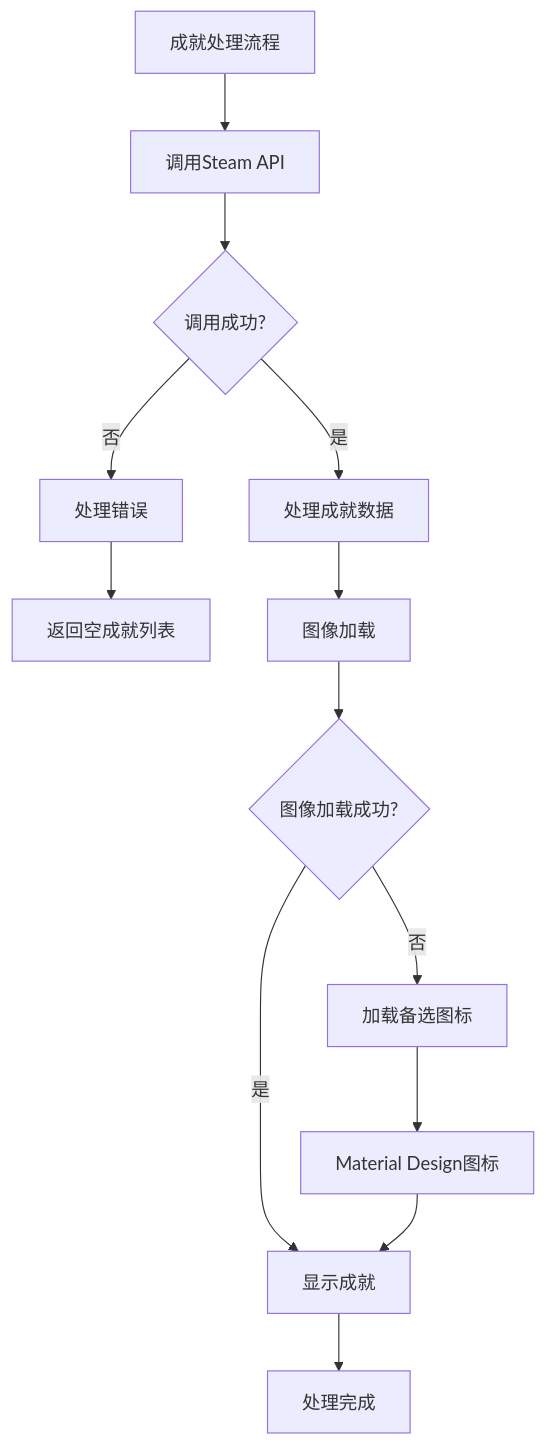
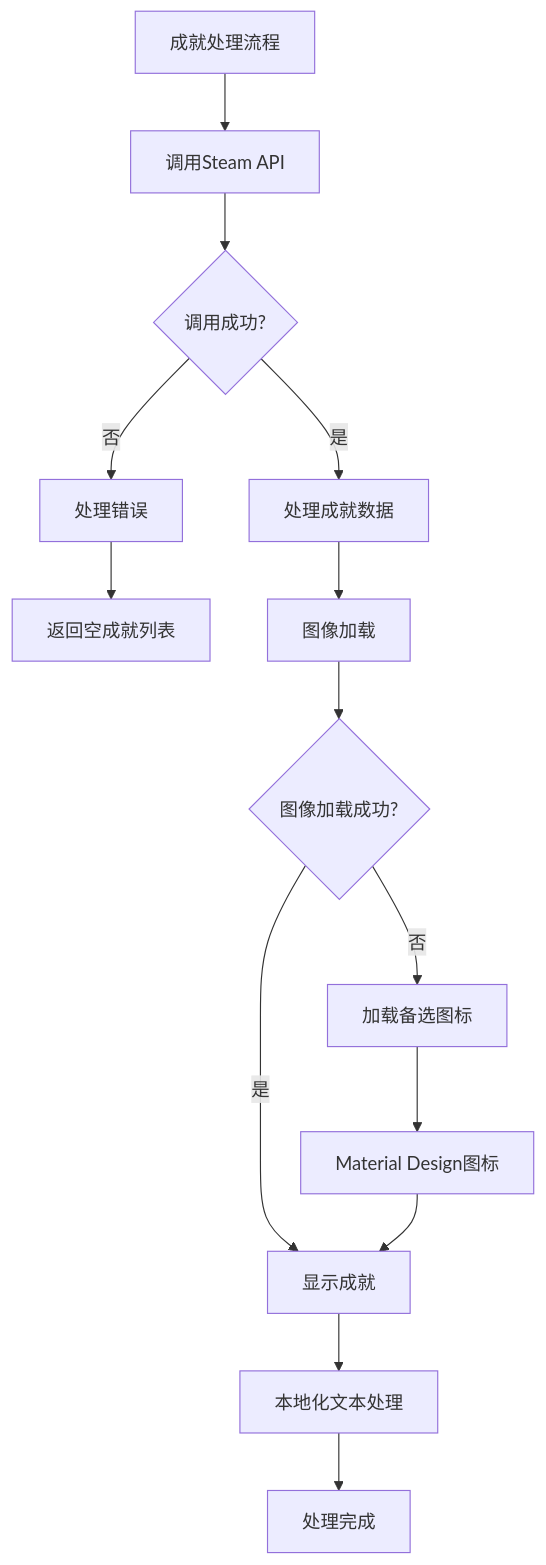
Before and after one commit to TinyMaD/SpeedRunnersLab: diagram 19 of 22 in .qoder/repowiki/zh/content/后端 API 服务/用户管理模块/个人资料系统.md, drawn with Mermaid. The commit also changed other lines of this file and 34 other files, not shown here.

````diff
--- a/.qoder/repowiki/zh/content/后端 API 服务/用户管理模块/个人资料系统.md
+++ b/.qoder/repowiki/zh/content/后端 API 服务/用户管理模块/个人资料系统.md
@@ -555,15 +884,16 @@
 ```mermaid
 flowchart TD
 AchievementProcess[成就处理流程] --> SteamAPICall[调用Steam API]
 SteamAPICall --> Success{调用成功?}
 Success --> |是| ProcessData[处理成就数据]
 Success --> |否| HandleError[处理错误]
 HandleError --> ReturnEmptyList[返回空成就列表]
 ProcessData --> ImageLoading[图像加载]
 ImageLoading --> ImageSuccess{图像加载成功?}
 ImageSuccess --> |是| DisplayAchievement[显示成就]
 ImageSuccess --> |否| LoadFallback[加载备选图标]
 LoadFallback --> MaterialDesignIcon[Material Design图标]
 MaterialDesignIcon --> DisplayAchievement
-DisplayAchievement --> Complete[处理完成]
+DisplayAchievement --> LocalizeText[本地化文本处理]
+LocalizeText --> Complete[处理完成]
 ```
````
